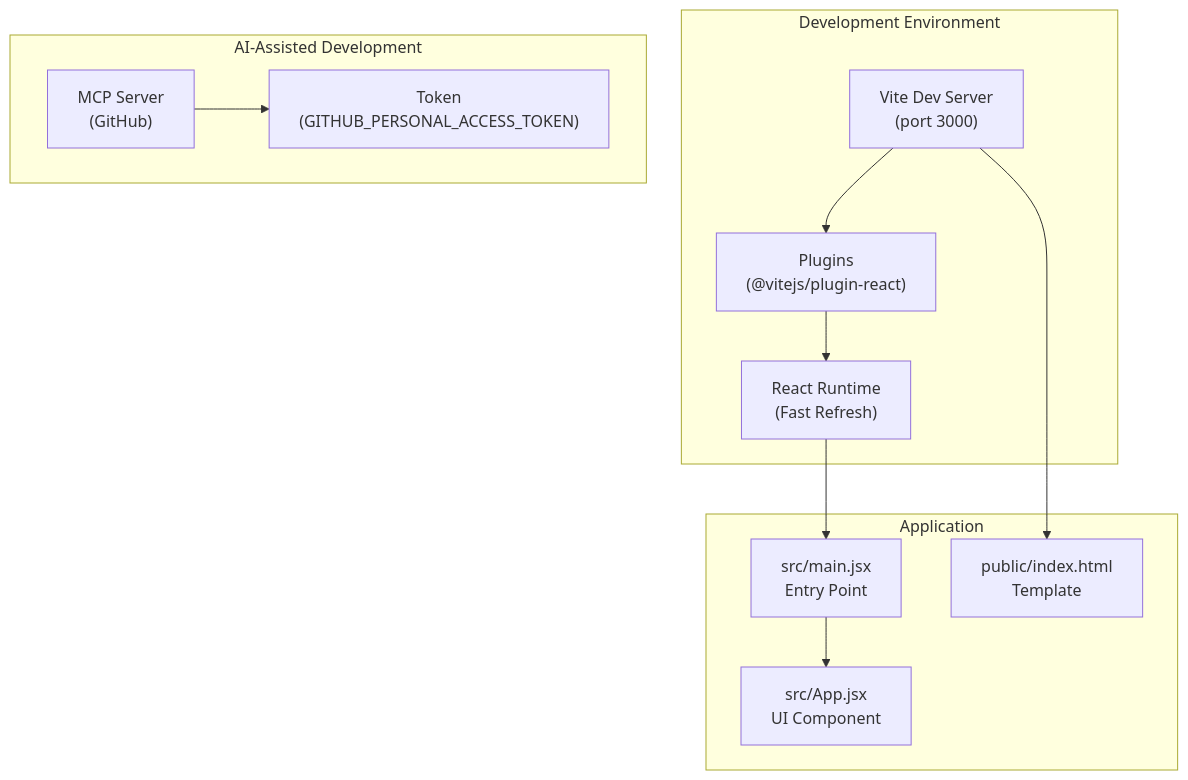
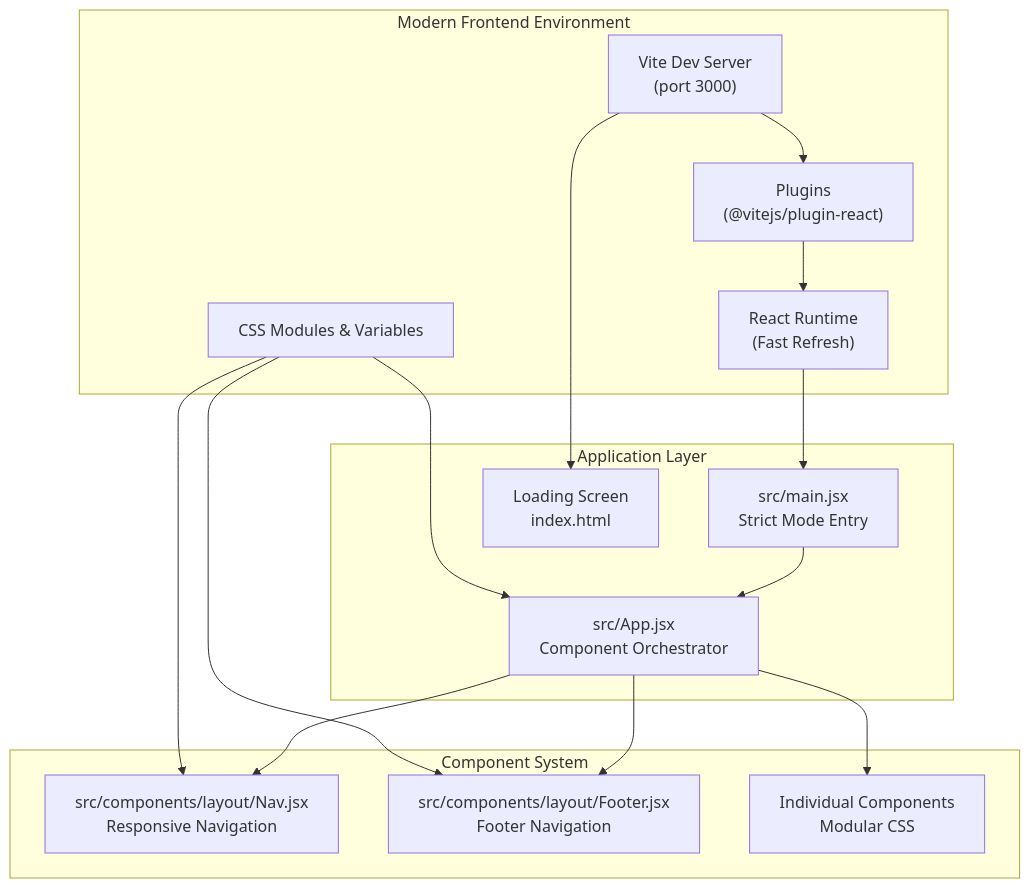
The second of 7 diagrams in .qoder/repowiki/en/content/Development Tools.md (rakeshmaity271/frankie-picasso), drawn with Mermaid before and after one commit. The commit also changed other lines of this file and 28 other files, not shown here.

````diff
--- a/.qoder/repowiki/en/content/Development Tools.md
+++ b/.qoder/repowiki/en/content/Development Tools.md
@@ -103,23 +117,30 @@
 ```mermaid
 graph TB
-subgraph "Development Environment"
+subgraph "Modern Frontend Environment"
 V["Vite Dev Server<br/>(port 3000)"]
 R["React Runtime<br/>(Fast Refresh)"]
 P["Plugins<br/>(@vitejs/plugin-react)"]
+CSS["CSS Modules & Variables"]
 end
-subgraph "Application"
-M["src/main.jsx<br/>Entry Point"]
-A["src/App.jsx<br/>UI Component"]
-H["public/index.html<br/>Template"]
+subgraph "Application Layer"
+M["src/main.jsx<br/>Strict Mode Entry"]
+A["src/App.jsx<br/>Component Orchestrator"]
+L["Loading Screen<br/>index.html"]
 end
-subgraph "AI-Assisted Development"
-S["MCP Server<br/>(GitHub)"]
-T["Token<br/>(GITHUB_PERSONAL_ACCESS_TOKEN)"]
+subgraph "Component System"
+NAV["src/components/layout/Nav.jsx<br/>Responsive Navigation"]
+FOOTER["src/components/layout/Footer.jsx<br/>Footer Navigation"]
+COMP["Individual Components<br/>Modular CSS"]
 end
 V --> P
 P --> R
 R --> M
 M --> A
-V --> H
-S --> T
+V --> L
+A --> NAV
+A --> FOOTER
+A --> COMP
+CSS --> A
+CSS --> NAV
+CSS --> FOOTER
 ```
````
